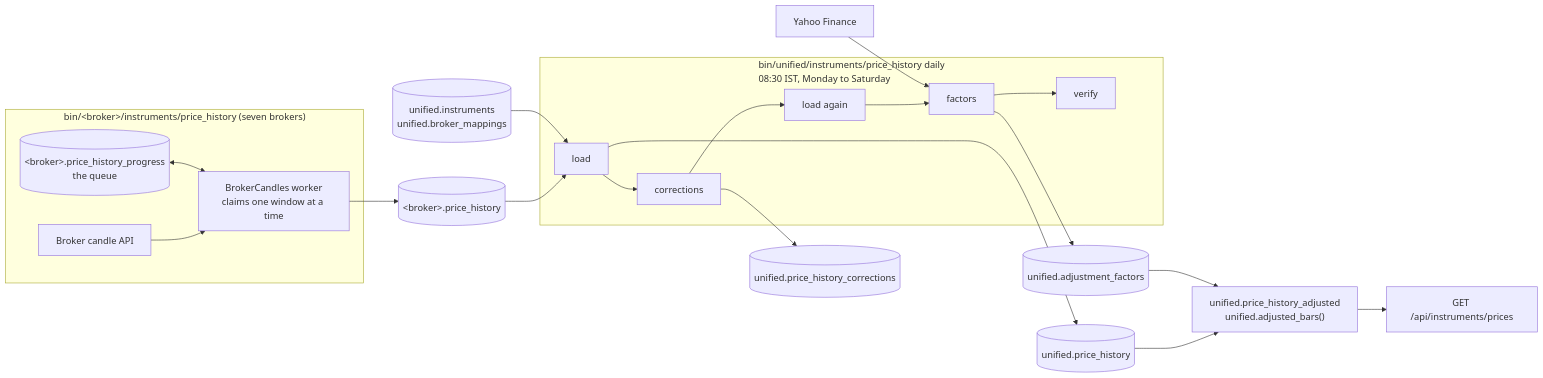
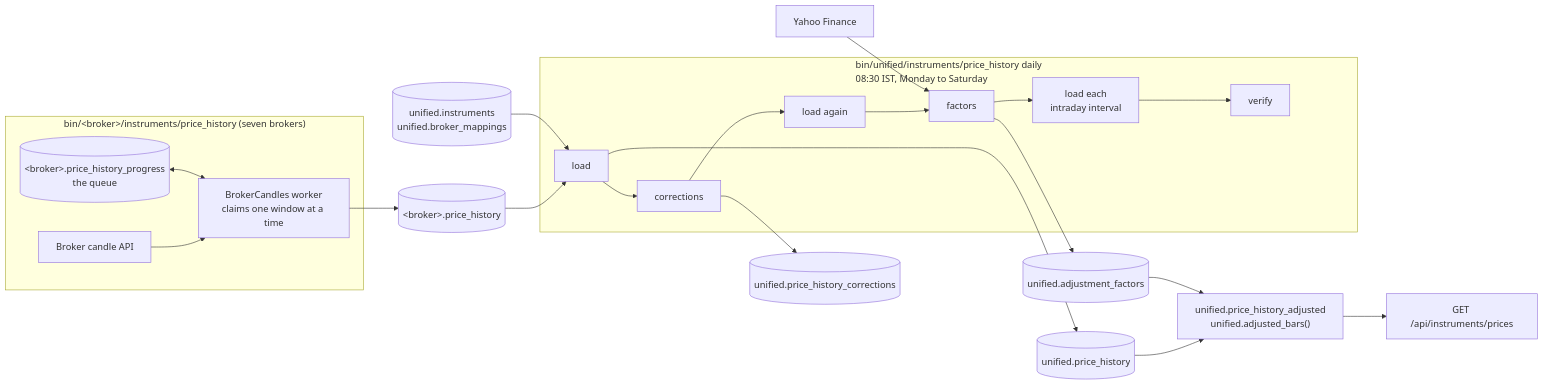
The diagram in docs/pipelines/price-history.md (pramodathani/unified_broker_interface), drawn with Mermaid before and after one commit. The commit also changed other lines of this file and 5 other files, not shown here.

First line of the commit message:
Load every intraday interval in the daily price job

````diff
--- a/docs/pipelines/price-history.md
+++ b/docs/pipelines/price-history.md
@@ -9,20 +9,20 @@
 ```mermaid
 flowchart LR
     subgraph Brokers["bin/#lt;broker#gt;/instruments/price_history (seven brokers)"]
         API["Broker candle API"] --> W["BrokerCandles worker<br/>claims one window at a time"]
         PRG[("#lt;broker#gt;.price_history_progress<br/>the queue")] <--> W
     end
     W --> PH[("#lt;broker#gt;.price_history")]
     subgraph Unified["bin/unified/instruments/price_history daily<br/>08:30 IST, Monday to Saturday"]
-        L["load"] --> C["corrections"] --> L2["load again"] --> FA["factors"] --> V["verify"]
+        L["load"] --> C["corrections"] --> L2["load again"] --> FA["factors"] --> LI["load each<br/>intraday interval"] --> V["verify"]
     end
     PH --> L
     MAP[("unified.instruments<br/>unified.broker_mappings")] --> L
     Y["Yahoo Finance"] --> FA
     L --> UPH[("unified.price_history")]
     C --> COR[("unified.price_history_corrections")]
     FA --> AF[("unified.adjustment_factors")]
     UPH --> VIEW["unified.price_history_adjusted<br/>unified.adjusted_bars()"]
     AF --> VIEW
     VIEW --> REST["GET /api/instruments/prices"]
 ```
````
